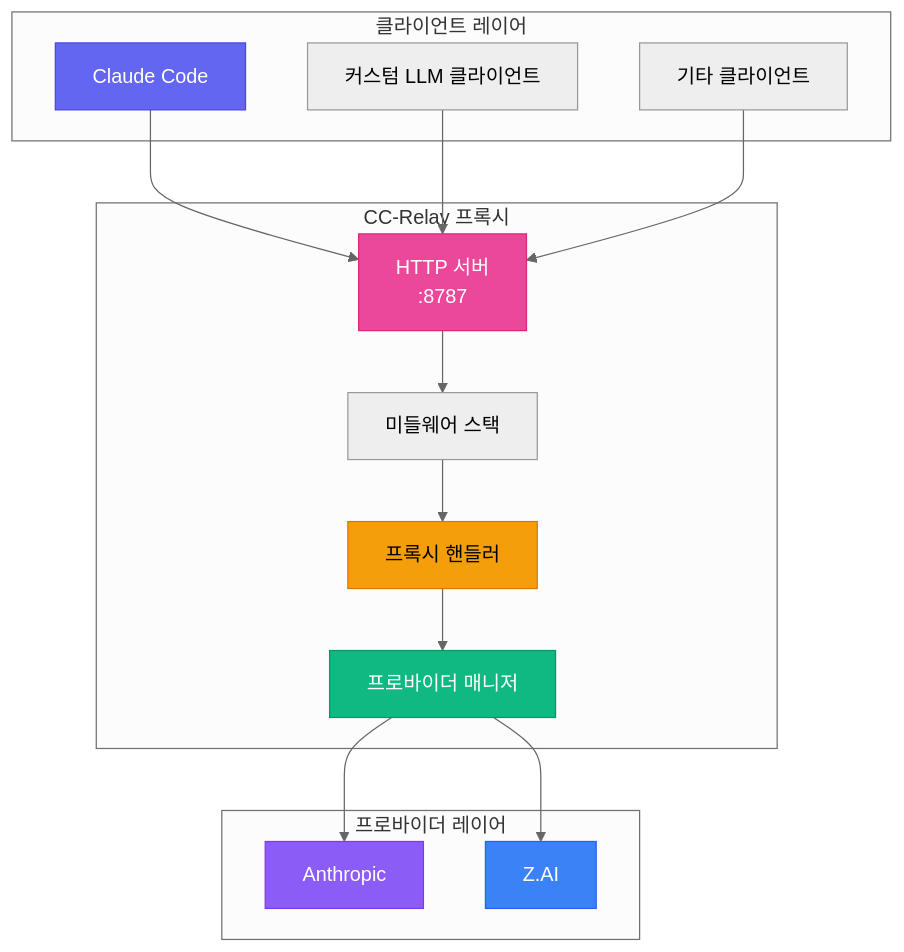
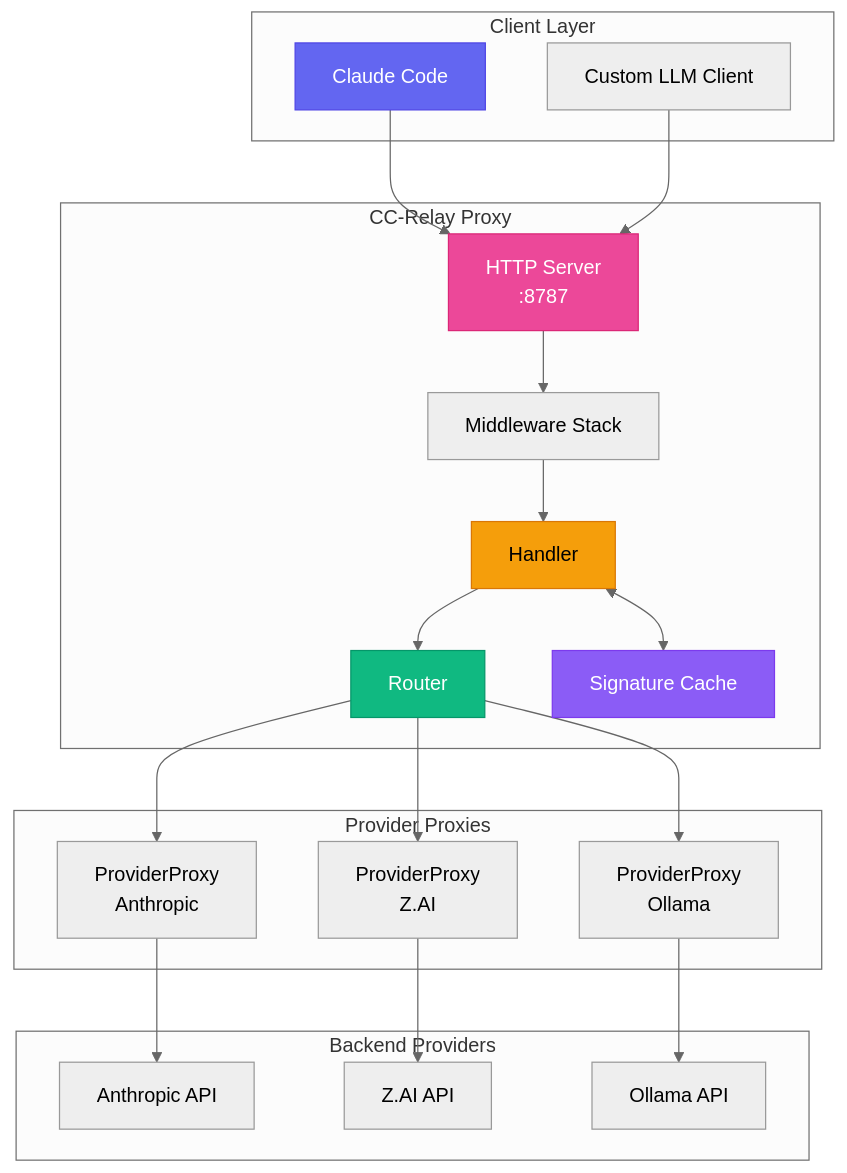
One commit to omarluq/cc-relay changed the first of 5 diagrams in docs-site/content/ko/docs/architecture.md. Above: the diagram before and after it, drawn with Mermaid (neutral theme). The commit also changed other lines of this file and 5 other files, not shown here.

First line of the commit message:
docs: rewrite architecture docs with multi-provider support

````diff
--- a/docs-site/content/ko/docs/architecture.md
+++ b/docs-site/content/ko/docs/architecture.md
@@ -10,37 +10,46 @@
 ```mermaid
 graph TB
-    subgraph "클라이언트 레이어"
+    subgraph "Client Layer"
         A[Claude Code]
-        B[커스텀 LLM 클라이언트]
-        C[기타 클라이언트]
+        B[Custom LLM Client]
     end
 
-    subgraph "CC-Relay 프록시"
-        D[HTTP 서버<br/>:8787]
-        E[미들웨어 스택]
-        F[프록시 핸들러]
-        G[프로바이더 매니저]
+    subgraph "CC-Relay Proxy"
+        D[HTTP Server<br/>:8787]
+        E[Middleware Stack]
+        F[Handler]
+        G[Router]
+        H[Signature Cache]
     end
 
-    subgraph "프로바이더 레이어"
-        H[Anthropic]
-        I[Z.AI]
+    subgraph "Provider Proxies"
+        I[ProviderProxy<br/>Anthropic]
+        J[ProviderProxy<br/>Z.AI]
+        K[ProviderProxy<br/>Ollama]
+    end
+
+    subgraph "Backend Providers"
+        L[Anthropic API]
+        M[Z.AI API]
+        N[Ollama API]
     end
 
     A --> D
     B --> D
-    C --> D
-
     D --> E
     E --> F
     F --> G
-    G --> H
+    F <--> H
     G --> I
+    G --> J
+    G --> K
+    I --> L
+    J --> M
+    K --> N
 
     style A fill:#6366f1,stroke:#4f46e5,color:#fff
     style D fill:#ec4899,stroke:#db2777,color:#fff
     style F fill:#f59e0b,stroke:#d97706,color:#000
     style G fill:#10b981,stroke:#059669,color:#fff
     style H fill:#8b5cf6,stroke:#7c3aed,color:#fff
-    style I fill:#3b82f6,stroke:#2563eb,color:#fff
 ```
````
